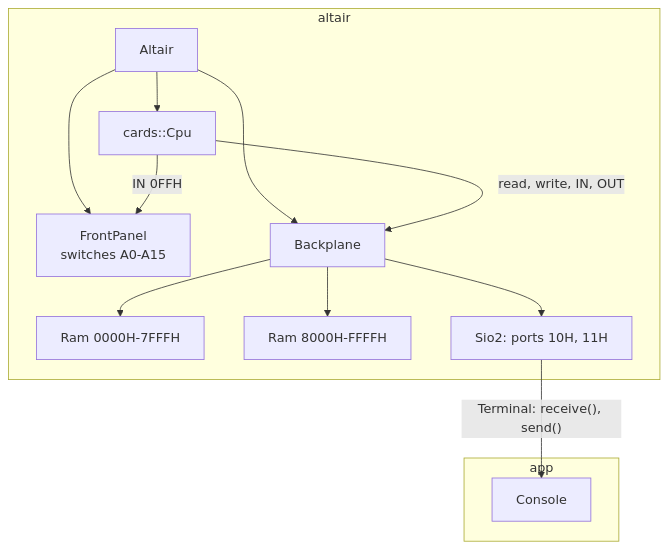
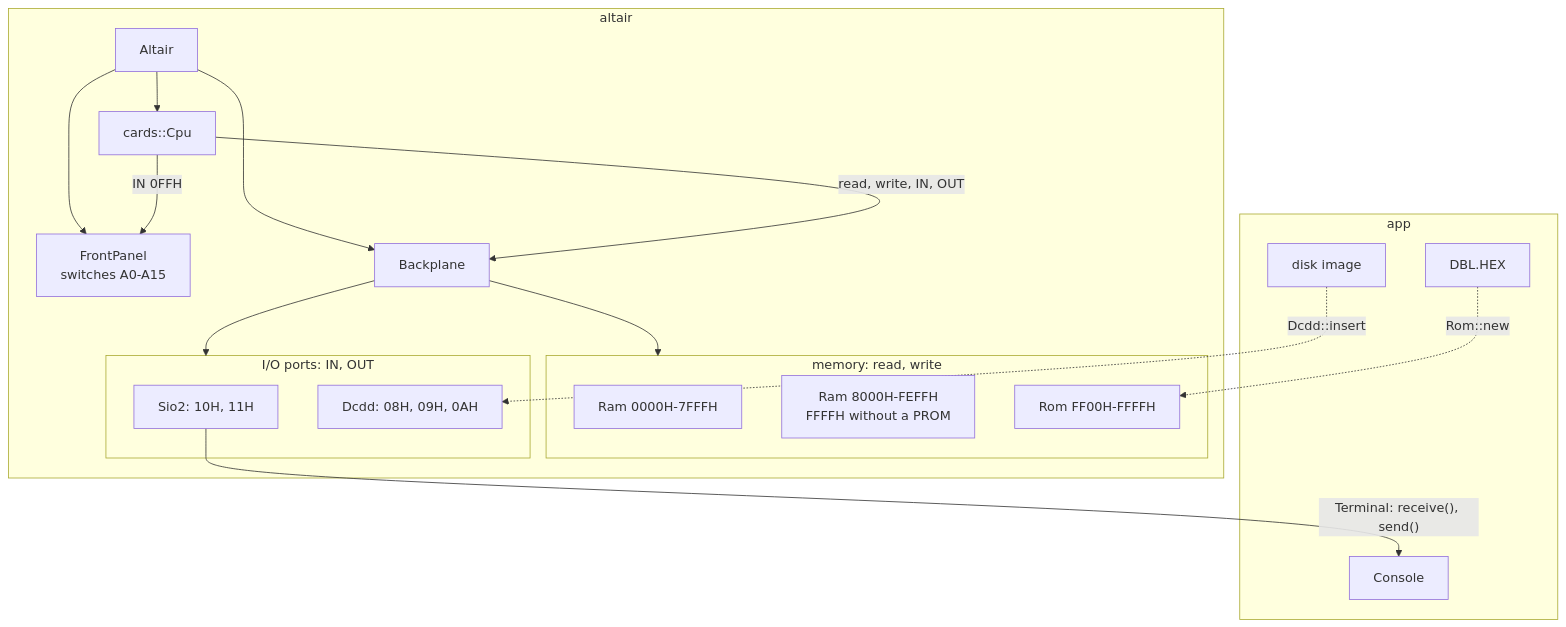
Before and after one commit to nazarslota/i8080: the first of 5 diagrams in docs/architecture.md, drawn with Mermaid. The commit also changed other lines of this file and 17 other files, not shown here.

````diff
--- a/docs/architecture.md
+++ b/docs/architecture.md
@@ -52,19 +52,34 @@
 ```mermaid
 flowchart TB
     subgraph app["app"]
         console["Console"]
+        hex["DBL.HEX"]
+        dsk["disk image"]
     end
 
     subgraph altair["altair"]
         machine["Altair"] --> cpu["cards::Cpu"]
         machine --> panel["FrontPanel<br/>switches A0-A15"]
         machine --> backplane["Backplane"]
         cpu -- "IN 0FFH" --> panel
         cpu -- "read, write, IN, OUT" --> backplane
-        backplane --> ram1["Ram 0000H-7FFFH"]
-        backplane --> ram2["Ram 8000H-FFFFH"]
-        backplane --> sio["Sio2: ports 10H, 11H"]
+
+        subgraph memory["memory: read, write"]
+            ram1["Ram 0000H-7FFFH"]
+            ram2["Ram 8000H-FEFFH<br/>FFFFH without a PROM"]
+            rom["Rom FF00H-FFFFH"]
+        end
+
+        subgraph ports["I/O ports: IN, OUT"]
+            sio["Sio2: 10H, 11H"]
+            dcdd["Dcdd: 08H, 09H, 0AH"]
+        end
+
+        backplane --> memory
+        backplane --> ports
     end
 
     sio -- "Terminal: receive(), send()" --> console
+    hex -. "Rom::new" .-> rom
+    dsk -. "Dcdd::insert" .-> dcdd
 ```
````
